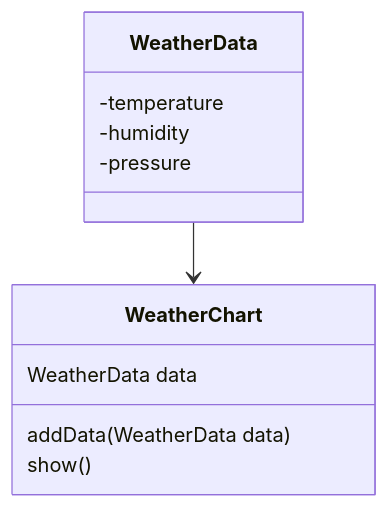
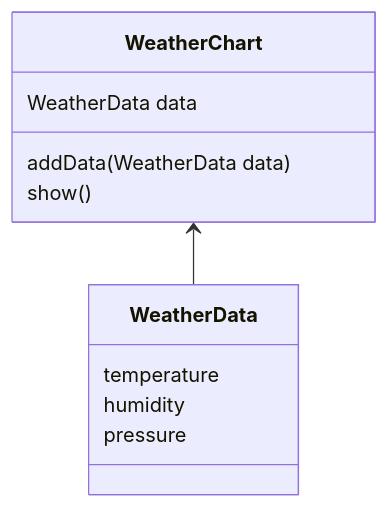
The first of 3 diagrams in src/main/designpatterns/observer/README.md (joonas-yoon/design-patterns-java), drawn with Mermaid before and after one commit. The commit also changed other lines of this file, not shown here.

Commit message:
docs(observer): fix diagram, add more example

````diff
--- a/src/main/designpatterns/observer/README.md
+++ b/src/main/designpatterns/observer/README.md
@@ -27,14 +27,14 @@
 ```mermaid
 classDiagram
     class WeatherData {
-        -temperature
-        -humidity
-        -pressure
+        temperature
+        humidity
+        pressure
     }
     class WeatherChart {
         WeatherData data
         addData(WeatherData data)
         show()
     }
-    WeatherData --> WeatherChart
+    WeatherChart <-- WeatherData
 ```
````
